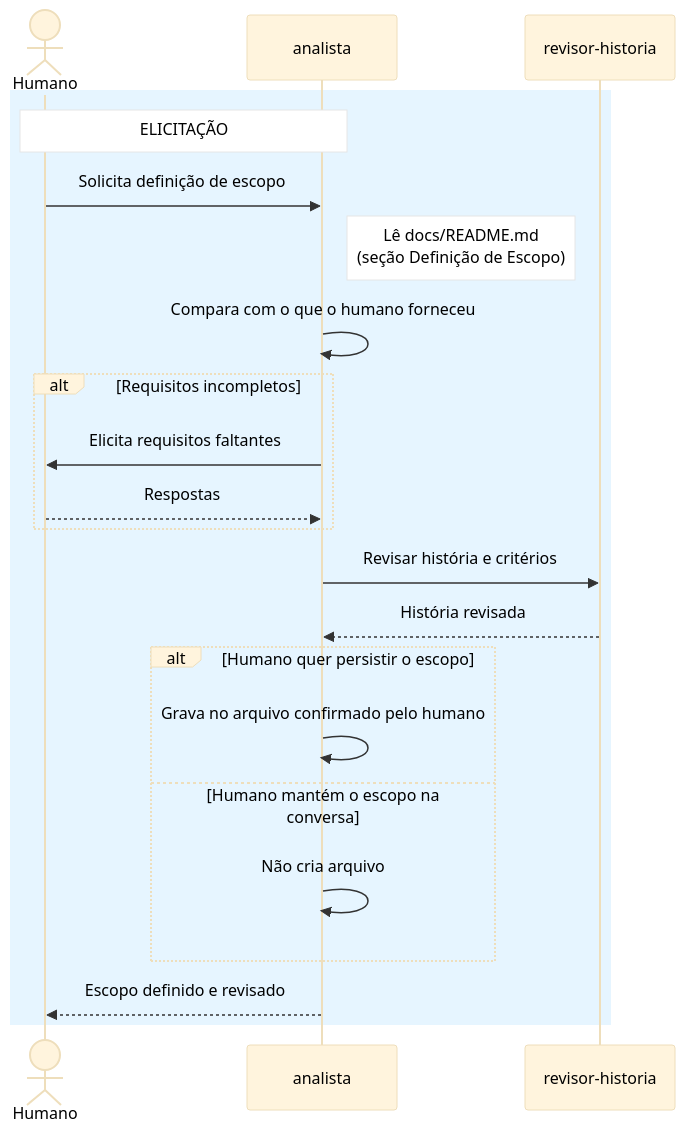
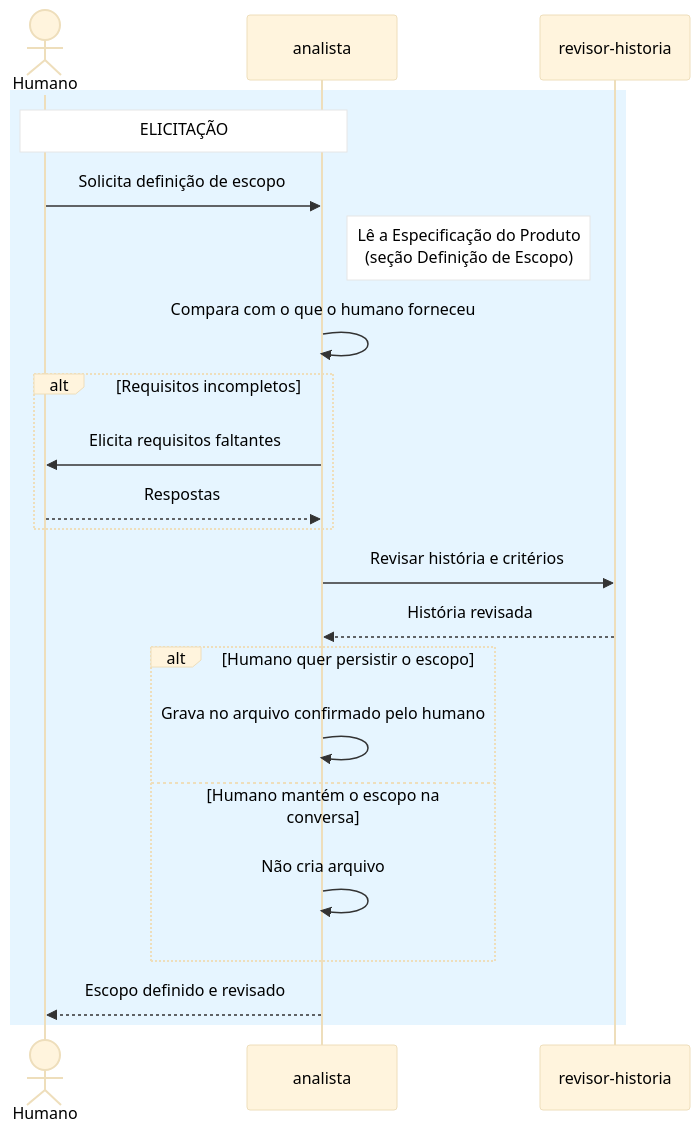
One commit to vitormcruz/opencode-global-config changed the diagram in docs/workflow-definicao-escopo.md. Above: the diagram before and after it, drawn with Mermaid. The commit also changed other lines of this file and 35 other files, not shown here.

````diff
--- a/docs/workflow-definicao-escopo.md
+++ b/docs/workflow-definicao-escopo.md
@@ -64,41 +64,41 @@
 ```mermaid
 %%{init: {'theme': 'base', 'themeVariables': {
     'actorTextColor': '#000000',
     'signalTextColor': '#000000',
     'labelTextColor': '#000000',
     'noteBkgColor': '#ffffff',
     'noteTextColor': '#000000',
     'activationBorderColor': '#666666',
     'sequenceNumberColor': '#000000'
 }}}%%
 sequenceDiagram
     actor Humano
     participant ana as analista
     participant rev as revisor-historia
 
     rect rgb(230, 245, 255)
     Note over Humano,ana: ELICITAÇÃO
 
     Humano ->> ana: Solicita definição de escopo
-    Note right of ana: Lê docs/README.md<br/>(seção Definição de Escopo)
+    Note right of ana: Lê a Especificação do Produto<br/>(seção Definição de Escopo)
 
     ana ->> ana: Compara com o que o humano forneceu
 
     alt Requisitos incompletos
         ana ->> Humano: Elicita requisitos faltantes
         Humano -->> ana: Respostas
     end
 
     ana ->> rev: Revisar história e critérios
     rev -->> ana: História revisada
 
     alt Humano quer persistir o escopo
         ana ->> ana: Grava no arquivo confirmado pelo humano
     else Humano mantém o escopo na conversa
         ana ->> ana: Não cria arquivo
     end
 
     ana -->> Humano: Escopo definido e revisado
 
     end
 ```
````
